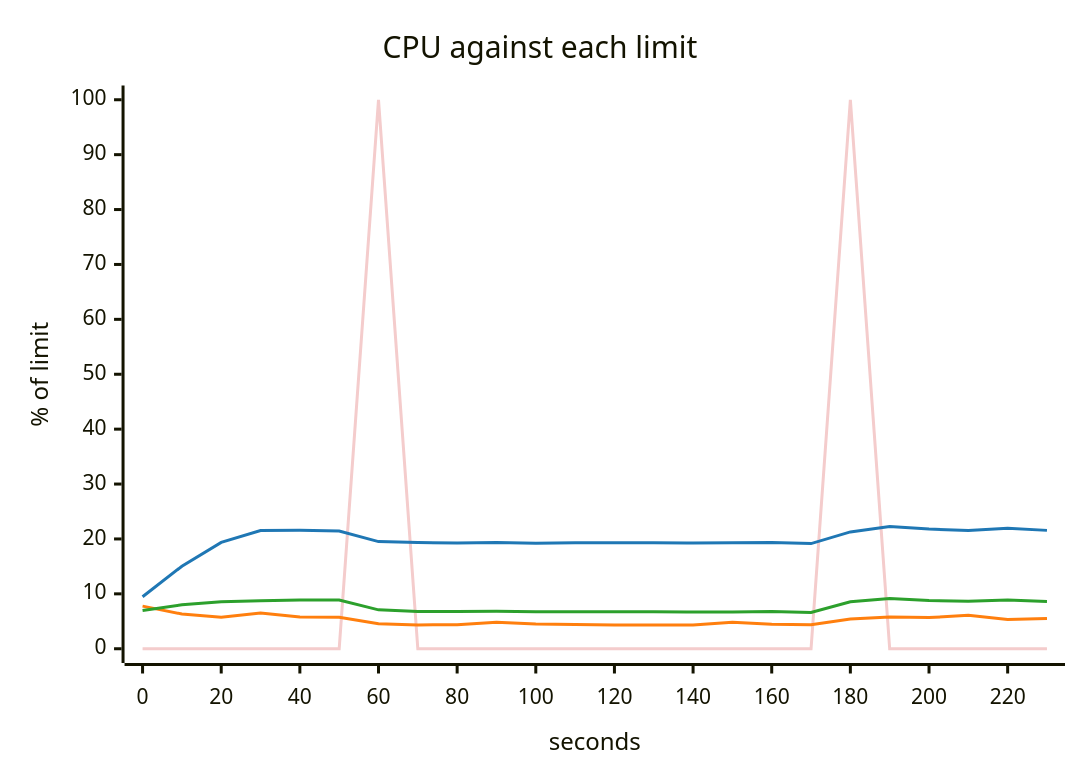
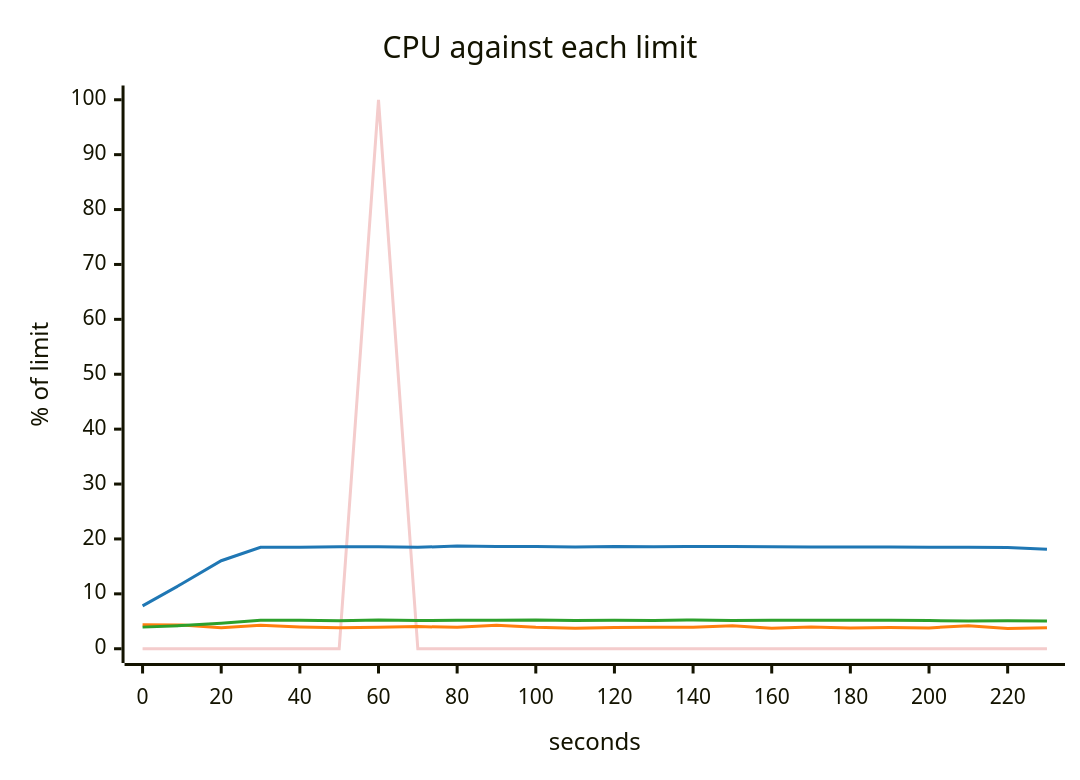
Before and after one commit to akinfemi/load-lore: the fifth of 5 diagrams in scenarios/slow-disk/solutions/async-commit/report.md, drawn with Mermaid. The commit also changed other lines of this file and 71 other files, not shown here.

````diff
--- a/scenarios/slow-disk/solutions/async-commit/report.md
+++ b/scenarios/slow-disk/solutions/async-commit/report.md
@@ -93,17 +93,17 @@
 ```mermaid
 ---
 config:
   themeVariables:
     xyChart:
       backgroundColor: "transparent"
       plotColorPalette: "#f4cccc, #1f77b4, #ff7f0e, #2ca02c"
 ---
 xychart-beta
     title "CPU against each limit"
     x-axis "seconds" 0 --> 230
     y-axis "% of limit" 0 --> 100
-    line [0, 0, 0, 0, 0, 0, 100, 0, 0, 0, 0, 0, 0, 0, 0, 0, 0, 0, 100, 0, 0, 0, 0, 0]
-    line [9.479, 15.03, 19.366, 21.539, 21.571, 21.46, 19.519, 19.341, 19.244, 19.336, 19.21, 19.306, 19.295, 19.316, 19.274, 19.317, 19.344, 19.155, 21.285, 22.263, 21.805, 21.543, 21.949, 21.562]
-    line [7.762, 6.317, 5.733, 6.521, 5.762, 5.75, 4.575, 4.346, 4.383, 4.842, 4.496, 4.43, 4.348, 4.306, 4.308, 4.82, 4.452, 4.384, 5.406, 5.761, 5.681, 6.081, 5.339, 5.49]
-    line [6.971, 8.006, 8.558, 8.73, 8.89, 8.887, 7.083, 6.803, 6.793, 6.813, 6.758, 6.752, 6.718, 6.752, 6.707, 6.702, 6.788, 6.594, 8.568, 9.139, 8.802, 8.634, 8.874, 8.629]
+    line [0, 0, 0, 0, 0, 0, 100, 0, 0, 0, 0, 0, 0, 0, 0, 0, 0, 0, 0, 0, 0, 0, 0, 0]
+    line [7.801, 11.83, 16.032, 18.494, 18.503, 18.567, 18.571, 18.47, 18.71, 18.625, 18.638, 18.528, 18.635, 18.562, 18.627, 18.616, 18.575, 18.55, 18.553, 18.553, 18.466, 18.479, 18.463, 18.103]
+    line [4.373, 4.312, 3.845, 4.282, 3.982, 3.824, 3.931, 4.031, 3.908, 4.266, 3.9, 3.75, 3.871, 3.897, 3.93, 4.182, 3.748, 3.94, 3.797, 3.872, 3.791, 4.205, 3.678, 3.829]
+    line [3.939, 4.213, 4.63, 5.176, 5.197, 5.105, 5.252, 5.146, 5.2, 5.185, 5.253, 5.144, 5.169, 5.159, 5.237, 5.157, 5.209, 5.194, 5.211, 5.177, 5.146, 5.054, 5.118, 5.076]
 ```
````
